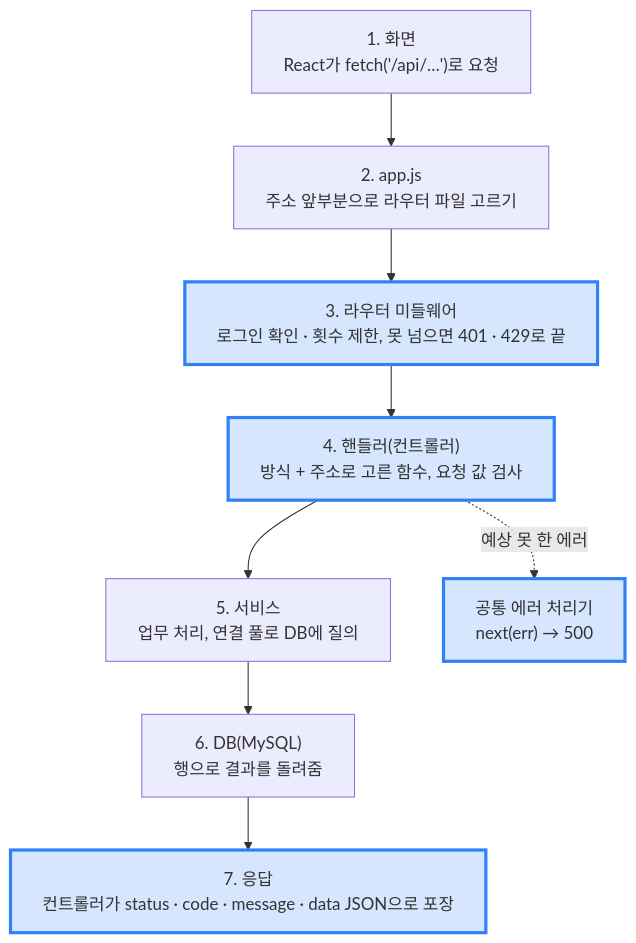
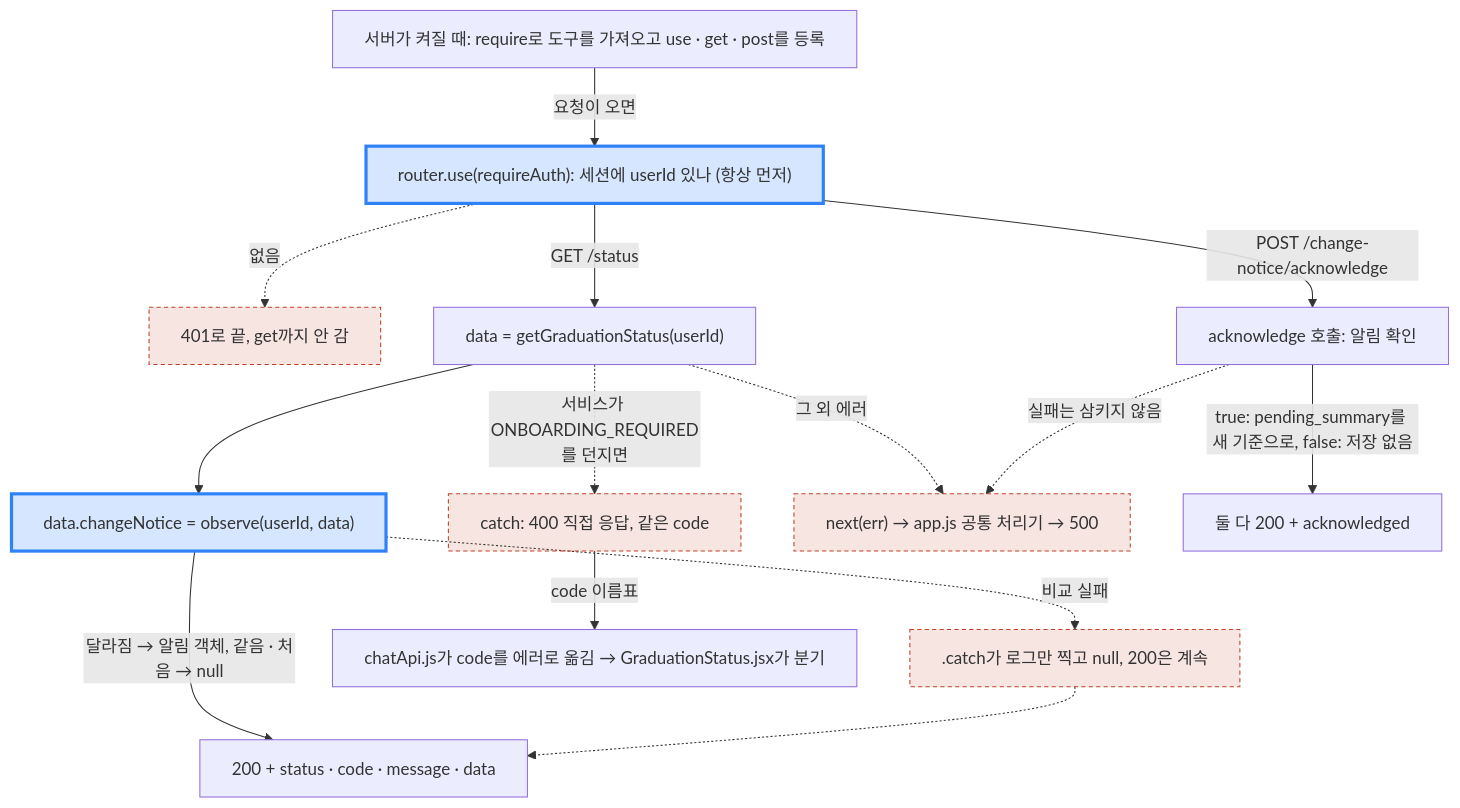
The first of 2 diagrams in 2026/November/11-05.md (ChildrenAon/TIL), drawn with Mermaid before and after one commit. The commit also changed other lines of this file, not shown here.

Commit message:
[ONE Student] 졸업 라우터 [JavaScript] require · .catch
고침: 맨 위 그림을 그날 내용이 담긴 그림 한 장으로 바꿈

````diff
--- a/2026/November/11-05.md
+++ b/2026/November/11-05.md
@@ -20,13 +21,21 @@
 ```mermaid
 %%{init: {"flowchart": {"wrappingWidth": 600}, "themeCSS": ".edgeLabel div { display: table-cell !important; width: auto !important; max-width: none !important; white-space: nowrap !important; } .edgeLabel p { padding: 5px 12px !important; margin: 0 !important; background: #55555599; } .edgeLabel, .edgeLabel span, .edgeLabel .labelBkg { background: transparent !important; }"}}%%
 flowchart TD
-  A["1. 화면<br/>React가 fetch('/api/…')로 요청"] --> B["2. app.js<br/>주소 앞부분으로 라우터 파일 고르기"]
-  B --> C["3. 라우터 미들웨어<br/>로그인 확인 · 횟수 제한, 못 넘으면 401 · 429로 끝"]
-  C --> D["4. 핸들러(컨트롤러)<br/>방식 + 주소로 고른 함수, 요청 값 검사"]
-  D --> E["5. 서비스<br/>업무 처리, 연결 풀로 DB에 질의"]
-  E --> F["6. DB(MySQL)<br/>행으로 결과를 돌려줌"]
-  F --> G["7. 응답<br/>컨트롤러가 status · code · message · data JSON으로 포장"]
-  D -.->|"예상 못 한 에러"| H["공통 에러 처리기<br/>next(err) → 500"]
+  S["서버가 켜질 때: require로 도구를 가져오고 use · get · post를 등록"] -->|"요청이 오면"| C["router.use(requireAuth): 세션에 userId 있나 (항상 먼저)"]
+  C -.->|"없음"| X["401로 끝, get까지 안 감"]
+  C -->|"GET /status"| G["data = getGraduationStatus(userId)"]
+  G --> O["data.changeNotice = observe(userId, data)"]
+  O -->|"달라짐 → 알림 객체, 같음 · 처음 → null"| R["200 + status · code · message · data"]
+  O -.->|"비교 실패"| N[".catch가 로그만 찍고 null, 200은 계속"]
+  N -.-> R
+  G -.->|"서비스가 ONBOARDING_REQUIRED를 던지면"| B["catch: 400 직접 응답, 같은 code"]
+  G -.->|"그 외 에러"| E["next(err) → app.js 공통 처리기 → 500"]
+  B -->|"code 이름표"| F["chatApi.js가 code를 에러로 옮김 → GraduationStatus.jsx가 분기"]
+  C -->|"POST /change-notice/acknowledge"| P["acknowledge 호출: 알림 확인"]
+  P -->|"true: pending_summary를 새 기준으로, false: 저장 없음"| P2["둘 다 200 + acknowledged"]
+  P -.->|"실패는 삼키지 않음"| E
   classDef seen fill:#2f81f733,stroke:#2f81f7,stroke-width:3px
-  class C,D,G,H seen
+  classDef bad fill:#c2402a22,stroke:#c2402a,stroke-dasharray:4 3
+  class C,O seen
+  class X,N,B,E bad
 ```
````
